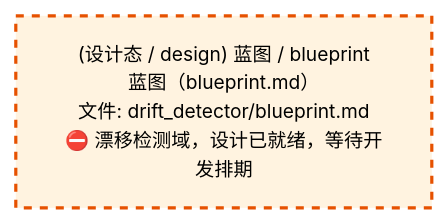
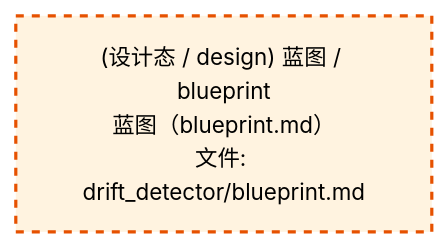
The third of 4 diagrams in docs/02_enterprise_architecture/02_domain_architecture_docs/52_d_gov_drift.md (xuanFelixVan/ZephyrAlpha), drawn with Mermaid before and after one commit. The commit also changed other lines of this file and 61 other files, not shown here.

````diff
--- a/docs/02_enterprise_architecture/02_domain_architecture_docs/52_d_gov_drift.md
+++ b/docs/02_enterprise_architecture/02_domain_architecture_docs/52_d_gov_drift.md
@@ -457,10 +457,10 @@
 ```mermaid
-%%{init: {'theme': 'base', 'themeVariables': {'primaryColor': '#eaeaea', 'primaryTextColor': '#333333', 'primaryBorderColor': '#666666', 'lineColor': '#666666', 'secondaryColor': '#eaeaea', 'tertiaryColor': '#eaeaea', 'fontSize': '12px'}}}%%
+%%{init: {'theme': 'base', 'themeVariables': {'primaryColor': '#eaeaea', 'primaryTextColor': '#333333', 'primaryBorderColor': '#666666', 'lineColor': '#666666', 'secondaryColor': '#eaeaea', 'tertiaryColor': '#eaeaea', 'fontSize': '14px'}}}%%
 flowchart TD
-    docs_03_modules_domain_governance_drift_detector_blueprint_md["(设计态 / design) 蓝图 / blueprint<br/>蓝图（blueprint.md）<br/>文件: drift_detector/blueprint.md<br/>⛔ 漂移检测域，设计已就绪，等待开发排期"]
+    docs_03_modules_domain_governance_drift_detector_blueprint_md["(设计态 / design) 蓝图 / blueprint<br/>蓝图（blueprint.md）<br/>文件: drift_detector/blueprint.md"]
     classDef production fill:#e1f5fe,stroke:#01579b,stroke-width:2px,color:#000
     classDef design fill:#fff3e0,stroke:#e65100,stroke-width:2px,color:#000,stroke-dasharray: 5 5
     classDef external_prod fill:#e8f4fd,stroke:#0277bd,stroke-width:1px,color:#000
     classDef external_design fill:#fff8e7,stroke:#ef6c00,stroke-width:1px,color:#000,stroke-dasharray: 5 5
     class docs_03_modules_domain_governance_drift_detector_blueprint_md design
 ```
````
